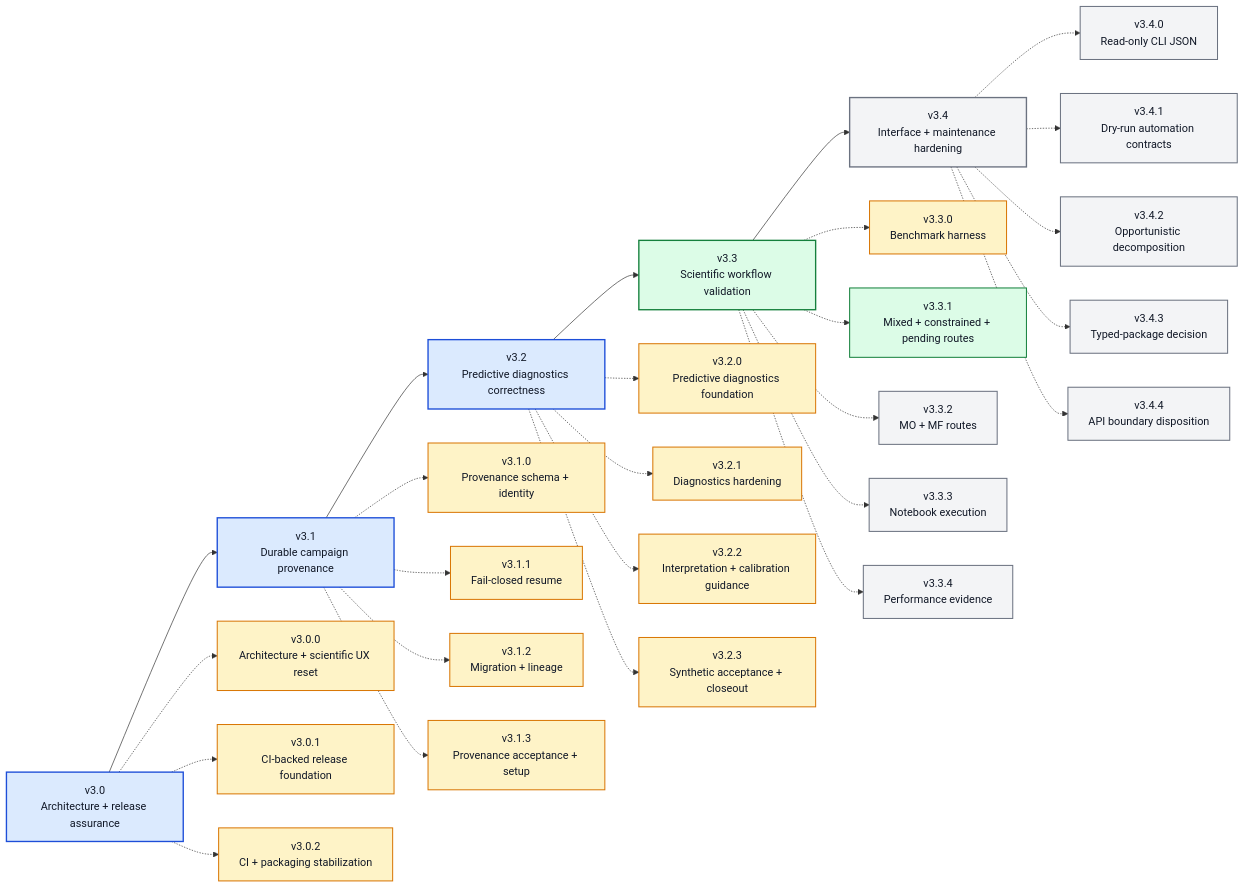
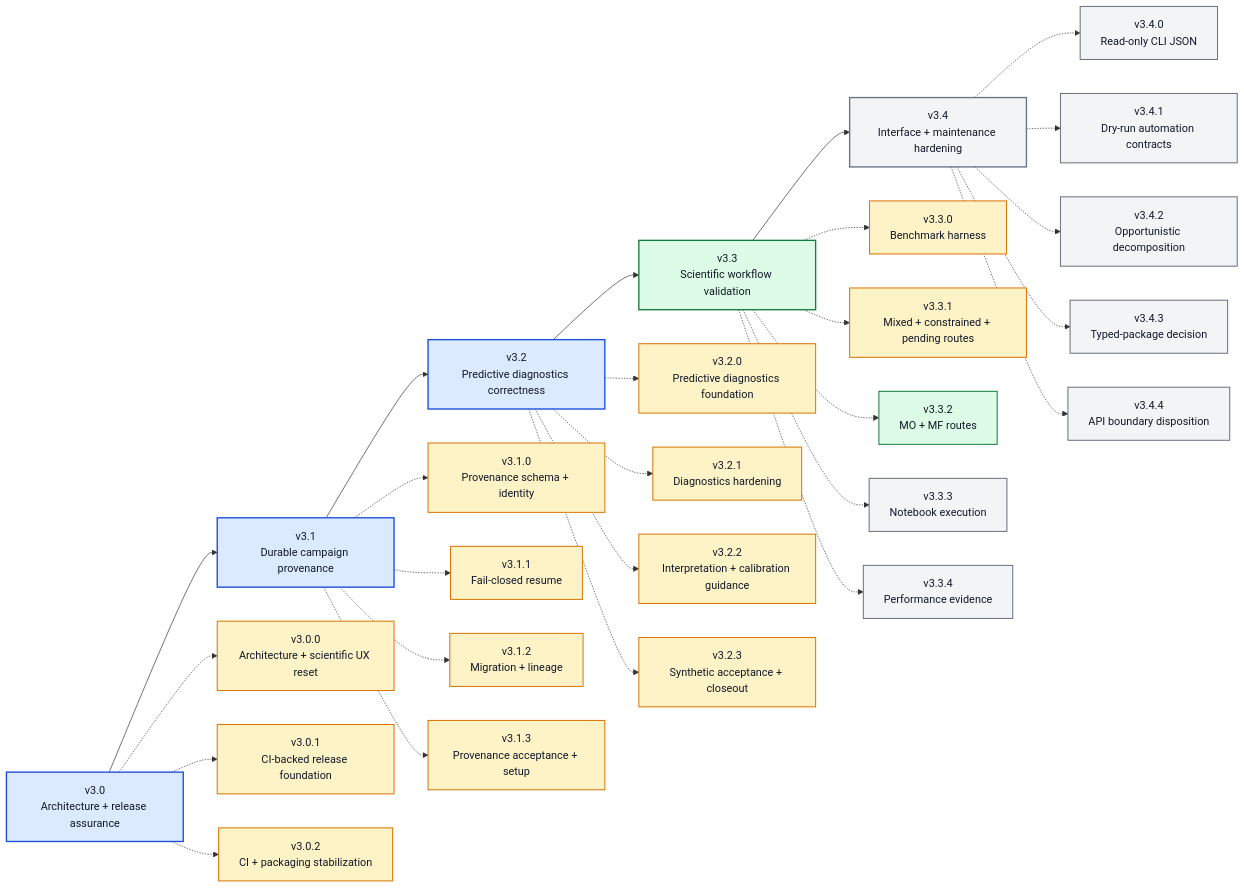
The diagram in ROADMAP_V3_X.md (angzeli/bo-forge), drawn with Mermaid before and after one commit. The commit also changed other lines of this file and 41 other files, not shown here.

````diff
--- a/ROADMAP_V3_X.md
+++ b/ROADMAP_V3_X.md
@@ -18,65 +20,65 @@
 ```mermaid
 flowchart LR
     v30["v3.0<br/>Architecture + release assurance"] --> v31["v3.1<br/>Durable campaign provenance"] --> v32["v3.2<br/>Predictive diagnostics correctness"] --> v33["v3.3<br/>Scientific workflow validation"] --> v34["v3.4<br/>Interface + maintenance hardening"]
 
     v300["v3.0.0<br/>Architecture + scientific UX reset"]
     v301["v3.0.1<br/>CI-backed release foundation"]
     v302["v3.0.2<br/>CI + packaging stabilization"]
     v310["v3.1.0<br/>Provenance schema + identity"]
     v311["v3.1.1<br/>Fail-closed resume"]
     v312["v3.1.2<br/>Migration + lineage"]
     v313["v3.1.3<br/>Provenance acceptance + setup"]
     v320["v3.2.0<br/>Predictive diagnostics foundation"]
     v321["v3.2.1<br/>Diagnostics hardening"]
     v322["v3.2.2<br/>Interpretation + calibration guidance"]
     v323["v3.2.3<br/>Synthetic acceptance + closeout"]
     v330["v3.3.0<br/>Benchmark harness"]
     v331["v3.3.1<br/>Mixed + constrained + pending routes"]
     v332["v3.3.2<br/>MO + MF routes"]
     v333["v3.3.3<br/>Notebook execution"]
     v334["v3.3.4<br/>Performance evidence"]
     v340["v3.4.0<br/>Read-only CLI JSON"]
     v341["v3.4.1<br/>Dry-run automation contracts"]
     v342["v3.4.2<br/>Opportunistic decomposition"]
     v343["v3.4.3<br/>Typed-package decision"]
     v344["v3.4.4<br/>API boundary disposition"]
 
     v30 -.-> v300
     v30 -.-> v301
     v30 -.-> v302
     v31 -.-> v310
     v31 -.-> v311
     v31 -.-> v312
     v31 -.-> v313
     v32 -.-> v320
     v32 -.-> v321
     v32 -.-> v322
     v32 -.-> v323
     v33 -.-> v330
     v33 -.-> v331
     v33 -.-> v332
     v33 -.-> v333
     v33 -.-> v334
     v34 -.-> v340
     v34 -.-> v341
     v34 -.-> v342
     v34 -.-> v343
     v34 -.-> v344
 
     class v30,v31,v32 majorDone
     class v33 majorActive
     class v34 majorFuture
     class v300,v301,v302 patchDone
     class v310,v311,v312,v313 patchDone
     class v320,v321,v322,v323 patchDone
-    class v330 patchDone
-    class v331 patchActive
-    class v332,v333,v334,v340,v341,v342,v343,v344 patchFuture
+    class v330,v331 patchDone
+    class v332 patchActive
+    class v333,v334,v340,v341,v342,v343,v344 patchFuture
 
     classDef majorDone fill:#dbeafe,stroke:#1d4ed8,stroke-width:2px,color:#111827;
     classDef majorActive fill:#dcfce7,stroke:#15803d,stroke-width:2px,color:#111827;
     classDef majorFuture fill:#f3f4f6,stroke:#6b7280,stroke-width:2px,color:#111827;
     classDef patchDone fill:#fef3c7,stroke:#d97706,stroke-width:1.5px,color:#111827;
     classDef patchActive fill:#dcfce7,stroke:#15803d,stroke-width:1.5px,color:#111827;
     classDef patchFuture fill:#f3f4f6,stroke:#6b7280,stroke-width:1.5px,color:#111827;
 ```
````
